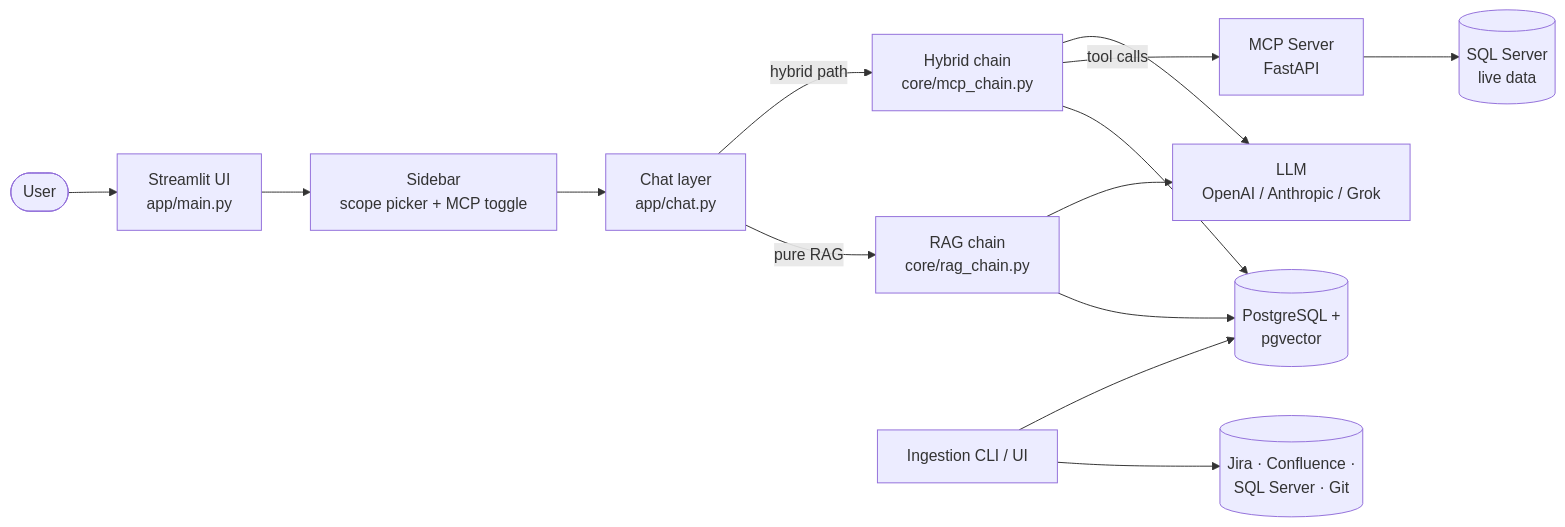
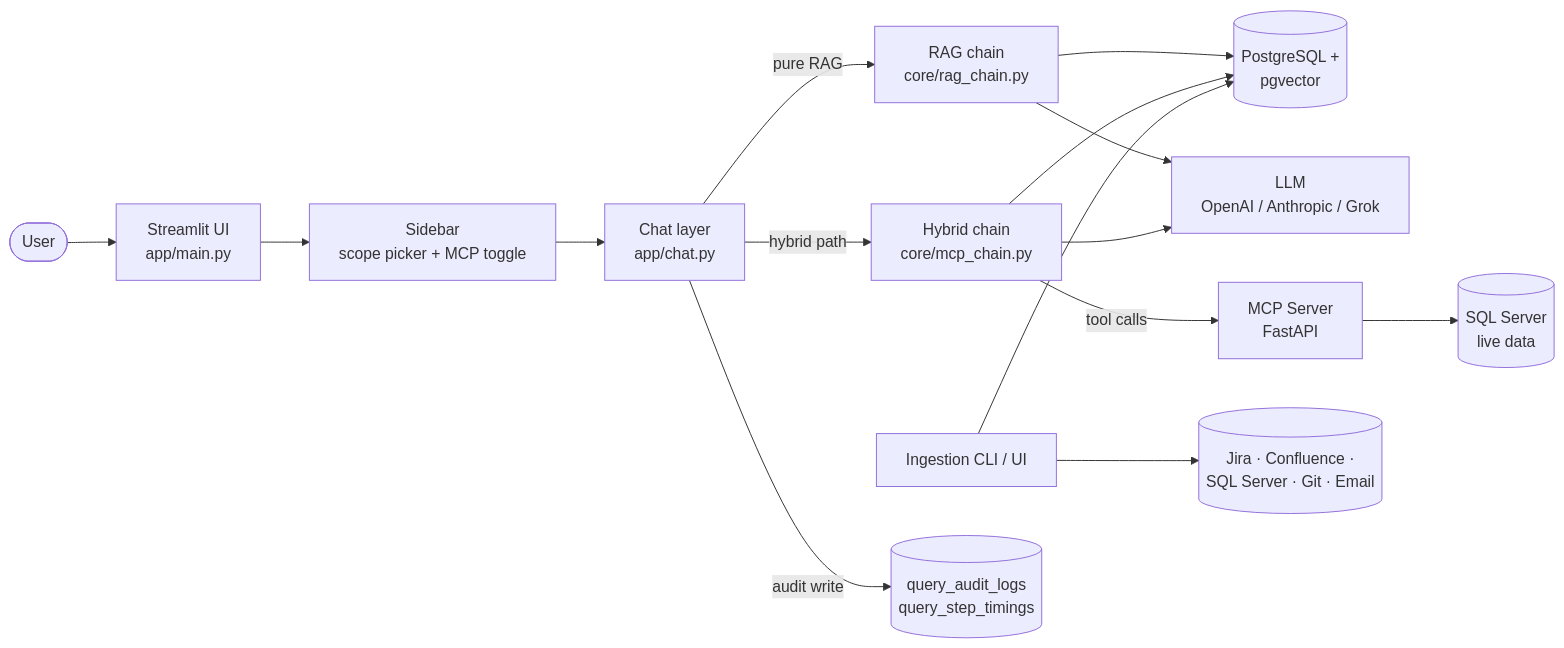
One commit to pyardley/CorpRAGPostgres changed the first of 4 diagrams in rag-multi-source/RAG-SYSTEM-DOCUMENTATION.md. Above: the diagram before and after it, drawn with Mermaid. The commit also changed other lines of this file and 42 other files, not shown here.

````diff
--- a/rag-multi-source/RAG-SYSTEM-DOCUMENTATION.md
+++ b/rag-multi-source/RAG-SYSTEM-DOCUMENTATION.md
@@ -58,25 +80,27 @@
 ```mermaid
 flowchart LR
     User([User])
     UI[Streamlit UI<br/>app/main.py]
     Sidebar[Sidebar<br/>scope picker + MCP toggle]
     Chat[Chat layer<br/>app/chat.py]
     RAG[RAG chain<br/>core/rag_chain.py]
     Hybrid[Hybrid chain<br/>core/mcp_chain.py]
     PG[(PostgreSQL +<br/>pgvector)]
     LLM[LLM<br/>OpenAI / Anthropic / Grok]
     MCP[MCP Server<br/>FastAPI]
     SQL[(SQL Server<br/>live data)]
     Ingest[Ingestion CLI / UI]
-    Sources[(Jira · Confluence ·<br/>SQL Server · Git)]
+    Sources[(Jira · Confluence ·<br/>SQL Server · Git · Email)]
+    Audit[(query_audit_logs<br/>query_step_timings)]
 
     User --> UI --> Sidebar --> Chat
     Chat -->|pure RAG| RAG --> PG
     Chat -->|hybrid path| Hybrid
     Hybrid --> PG
     Hybrid -->|tool calls| MCP --> SQL
     RAG --> LLM
     Hybrid --> LLM
+    Chat -->|audit write| Audit
     Ingest --> Sources
     Ingest --> PG
 ```
````
